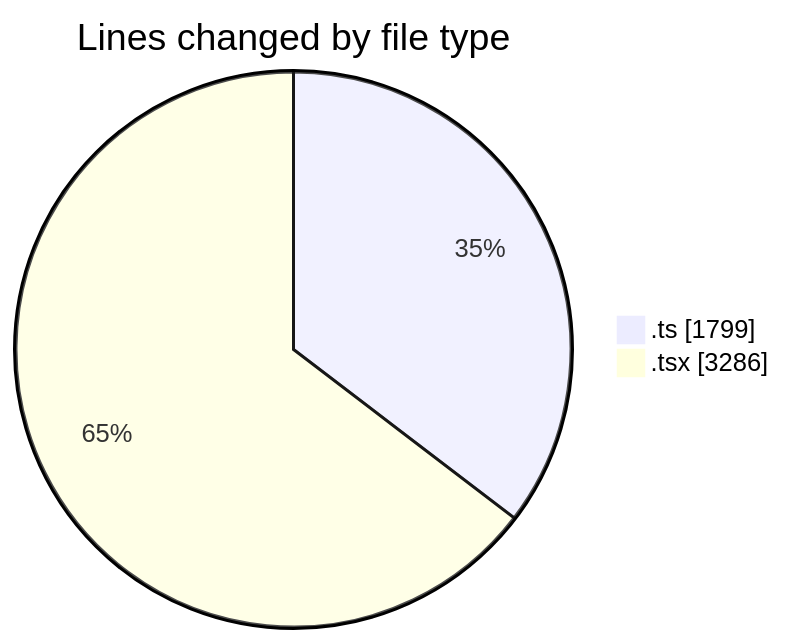
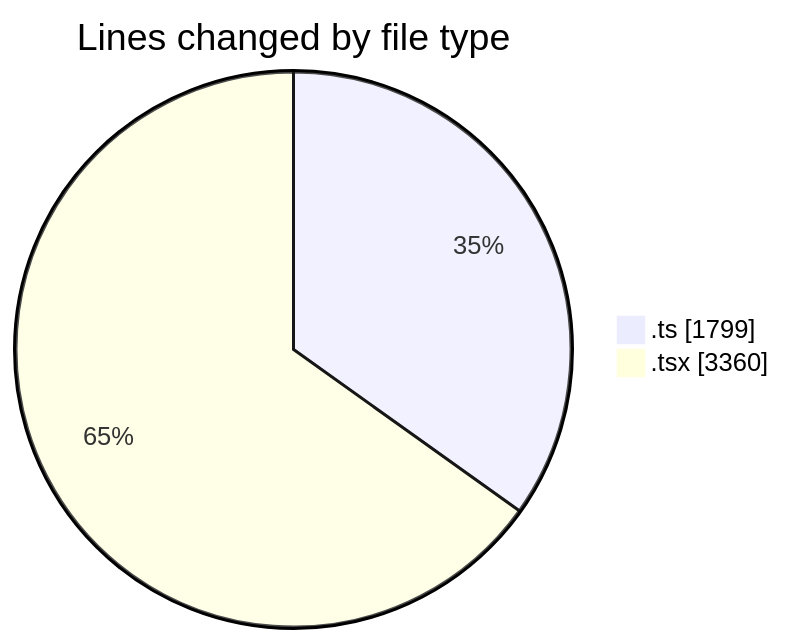
The first of 2 diagrams in 2025-07-01/cda/README.md (momahboobian/code-tracking), drawn with Mermaid before and after one commit. The commit also changed other lines of this file and 1 other file, not shown here.

````diff
--- a/2025-07-01/cda/README.md
+++ b/2025-07-01/cda/README.md
@@ -33,6 +34,6 @@
 ```mermaid
 pie showData
 title Lines changed by file type
 ".ts" : 1799
-".tsx" : 3286
+".tsx" : 3360
 ```
````
